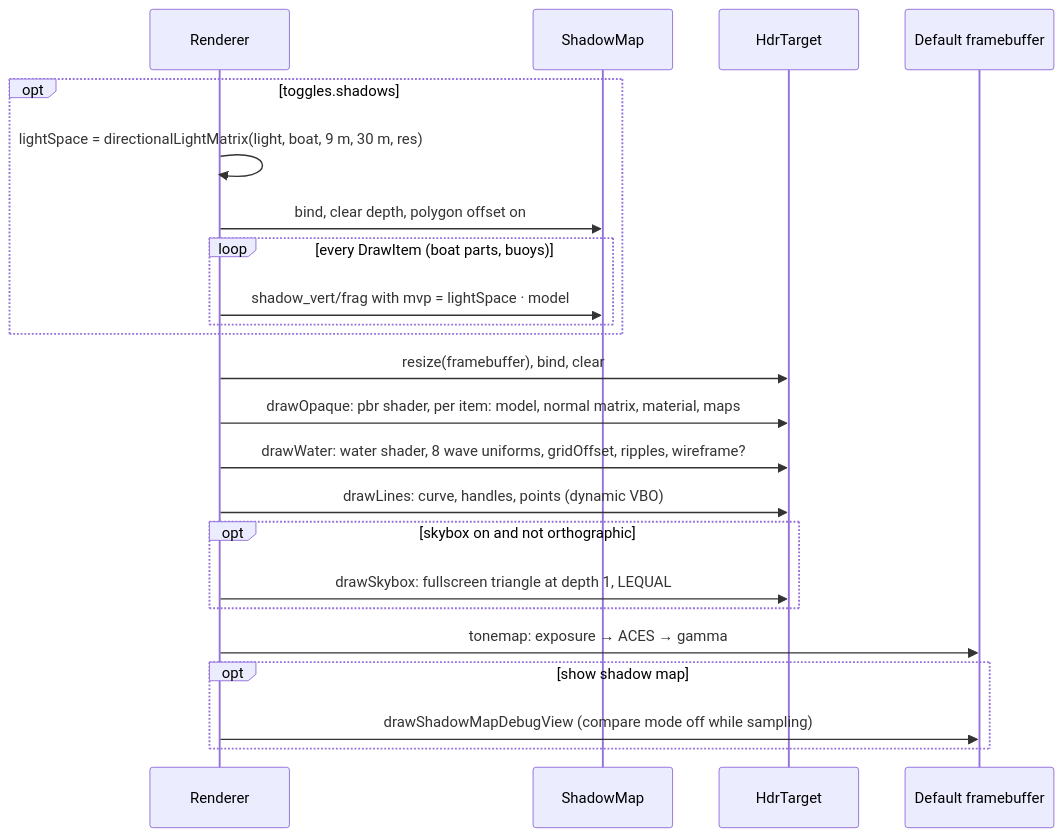
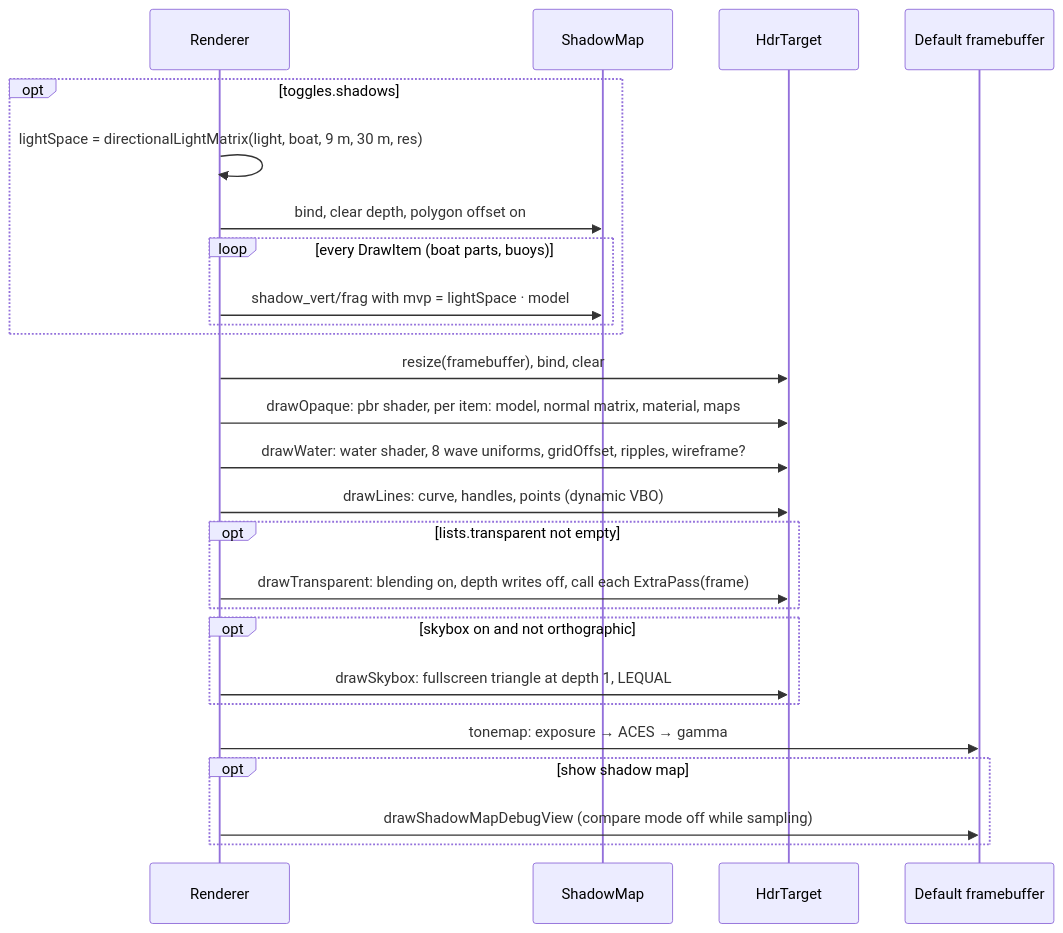
One commit to groundbeeflover/sailboat-tech-demo changed the eighth of 11 diagrams in docs/ARCHITECTURE.md. Above: the diagram before and after it, drawn with Mermaid. The commit also changed other lines of this file and 13 other files, not shown here.

````diff
--- a/docs/ARCHITECTURE.md
+++ b/docs/ARCHITECTURE.md
@@ -607,26 +632,29 @@
 ```mermaid
 sequenceDiagram
     participant R as Renderer
     participant SM as ShadowMap
     participant HDR as HdrTarget
     participant GPU as Default framebuffer
 
     opt toggles.shadows
         R->>R: lightSpace = directionalLightMatrix(light, boat, 9 m, 30 m, res)
         R->>SM: bind, clear depth, polygon offset on
         loop every DrawItem (boat parts, buoys)
             R->>SM: shadow_vert/frag with mvp = lightSpace · model
         end
     end
     R->>HDR: resize(framebuffer), bind, clear
     R->>HDR: drawOpaque: pbr shader, per item: model, normal matrix, material, maps
     R->>HDR: drawWater: water shader, 8 wave uniforms, gridOffset, ripples, wireframe?
     R->>HDR: drawLines: curve, handles, points (dynamic VBO)
+    opt lists.transparent not empty
+        R->>HDR: drawTransparent: blending on, depth writes off, call each ExtraPass(frame)
+    end
     opt skybox on and not orthographic
         R->>HDR: drawSkybox: fullscreen triangle at depth 1, LEQUAL
     end
     R->>GPU: tonemap: exposure → ACES → gamma
     opt show shadow map
         R->>GPU: drawShadowMapDebugView (compare mode off while sampling)
     end
 ```
````
